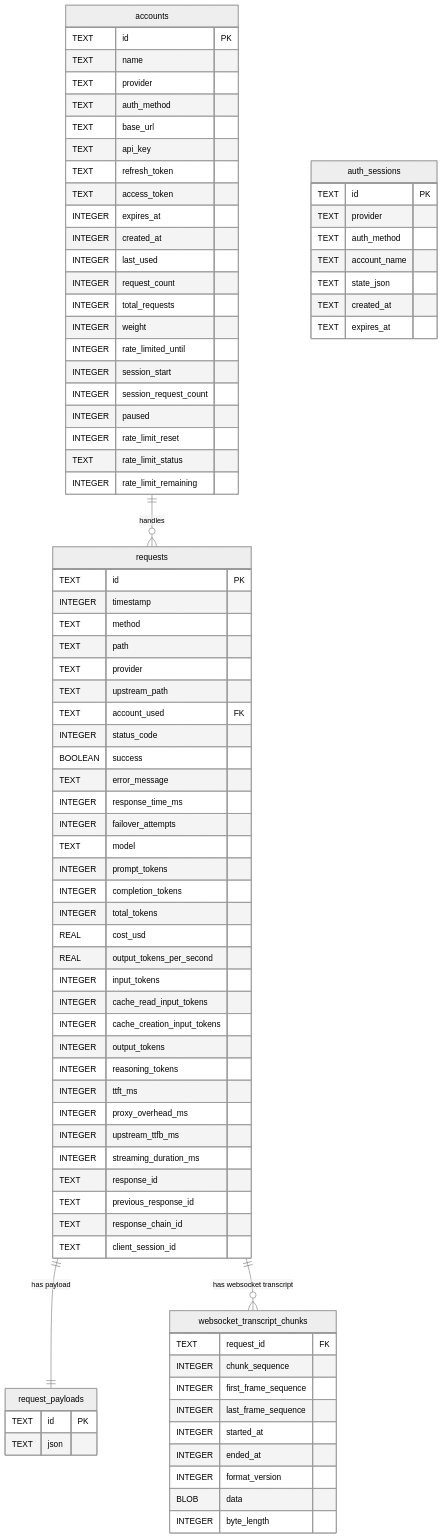
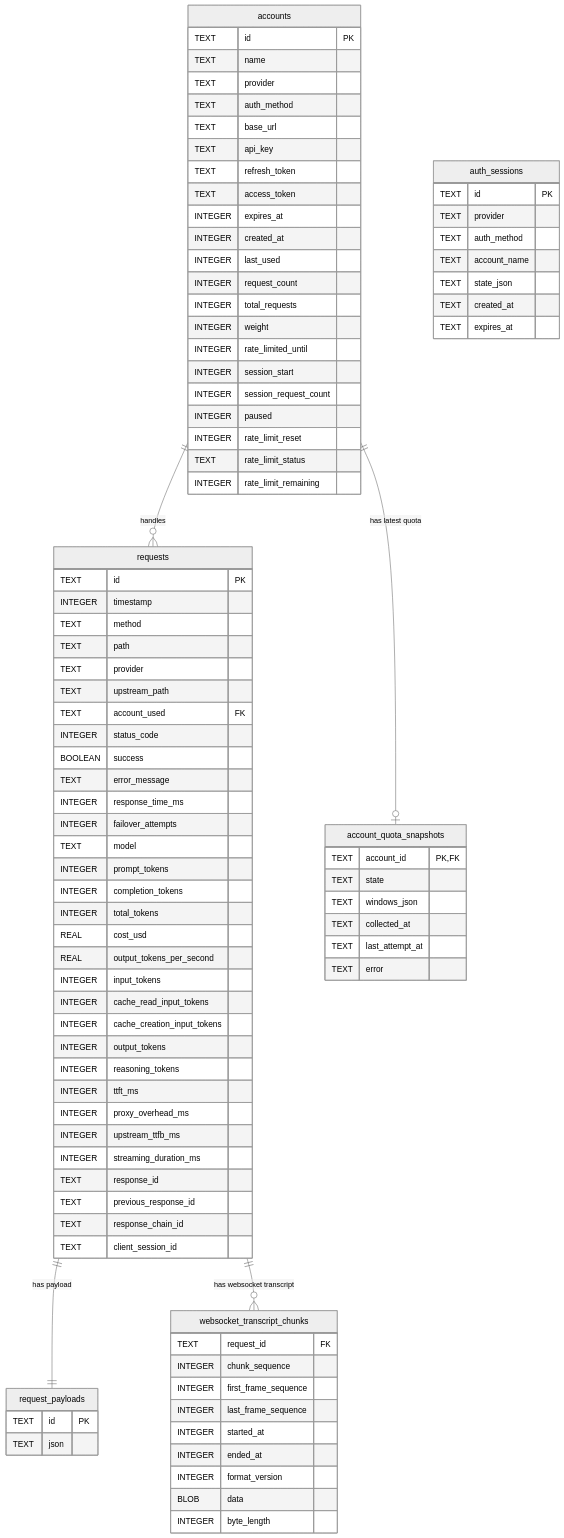
Before and after one commit to ipo/ccflare: the first of 2 diagrams in docs/database.md, drawn with Mermaid (neutral theme). The commit also changed other lines of this file and 52 other files, not shown here.

Commit message:
feat: add account quota tracking and controls

```diff
--- a/docs/database.md
+++ b/docs/database.md
@@ -95,7 +96,17 @@
         TEXT expires_at
     }
 
+    account_quota_snapshots {
+        TEXT account_id PK,FK
+        TEXT state
+        TEXT windows_json
+        TEXT collected_at
+        TEXT last_attempt_at
+        TEXT error
+    }
+
     accounts ||--o{ requests : "handles"
+    accounts ||--o| account_quota_snapshots : "has latest quota"
     websocket_transcript_chunks {
         TEXT request_id FK
         INTEGER chunk_sequence
```
